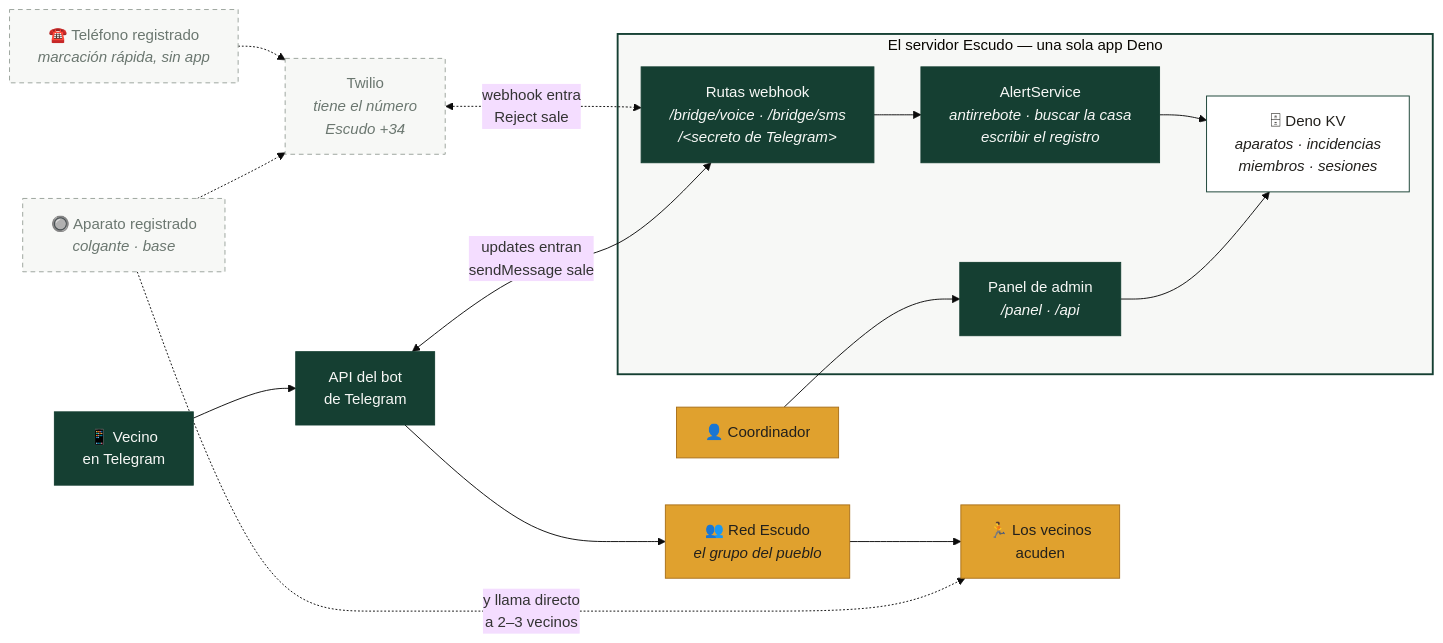
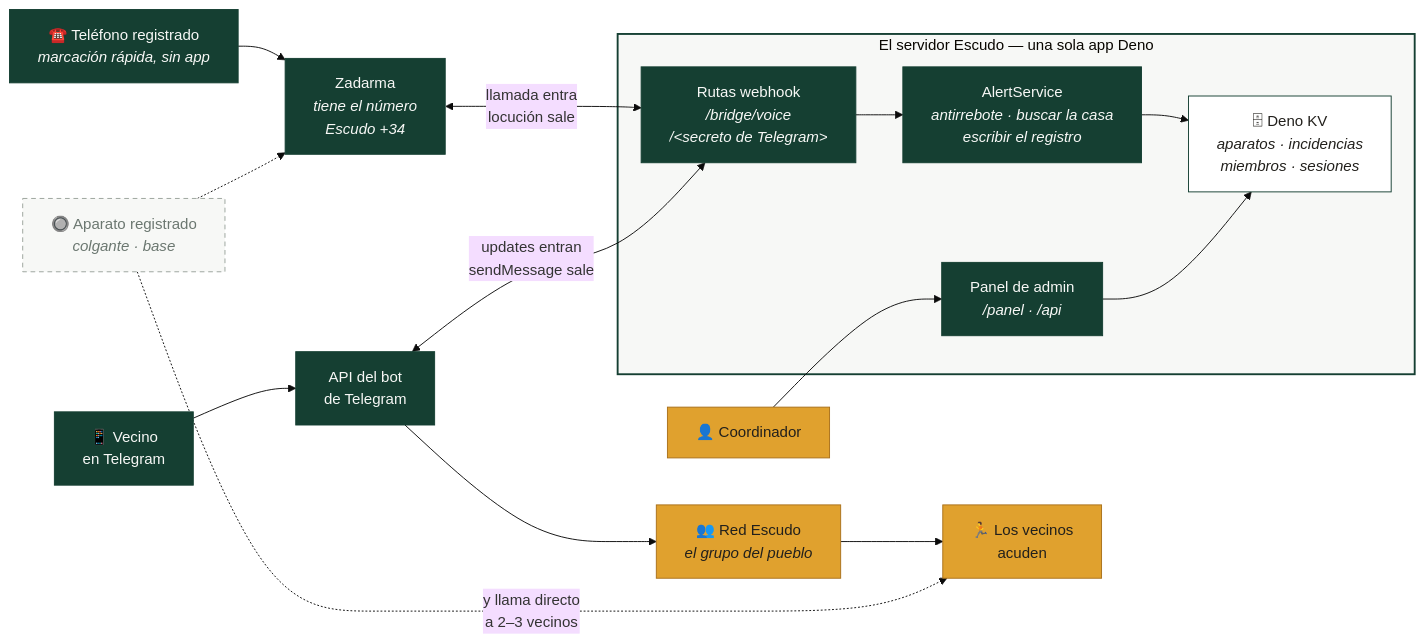
Before and after one commit to jpincas/escudo: the diagram in website/content/es/tecnologia/_index.md, drawn with Mermaid (base theme). The commit also changed other lines of this file and 18 other files, not shown here.

````diff
--- a/website/content/es/tecnologia/_index.md
+++ b/website/content/es/tecnologia/_index.md
@@ -16,43 +16,43 @@
 ```mermaid
 flowchart LR
   ph["☎️ Teléfono registrado<br/><i>marcación rápida, sin app</i>"]
   dev["🔘 Aparato registrado<br/><i>colgante · base</i>"]
   tg["📱 Vecino<br/>en Telegram"]
 
-  tw["Twilio<br/><i>tiene el número<br/>Escudo +34</i>"]
+  tw["Zadarma<br/><i>tiene el número<br/>Escudo +34</i>"]
   tgapi["API del bot<br/>de Telegram"]
 
   subgraph srv["El servidor Escudo — una sola app Deno"]
-    routes["Rutas webhook<br/><i>/bridge/voice · /bridge/sms<br/>/&lt;secreto de Telegram&gt;</i>"]
+    routes["Rutas webhook<br/><i>/bridge/voice<br/>/&lt;secreto de Telegram&gt;</i>"]
     core["AlertService<br/><i>antirrebote · buscar la casa<br/>escribir el registro</i>"]
     web["Panel de admin<br/><i>/panel · /api</i>"]
     kv["🗄 Deno KV<br/><i>aparatos · incidencias<br/>miembros · sesiones</i>"]
     routes --> core
     core --> kv
     web --> kv
   end
 
   group["👥 Red Escudo<br/><i>el grupo del pueblo</i>"]
   nb["🏃 Los vecinos<br/>acuden"]
   coord["👤 Coordinador"]
 
-  ph -.-> tw
+  ph --> tw
   dev -.-> tw
   tg --> tgapi
-  tw <-.->|"webhook entra<br/>Reject sale"| routes
+  tw <-->|"llamada entra<br/>locución sale"| routes
   tgapi <-->|"updates entran<br/>sendMessage sale"| routes
   tgapi --> group
   group --> nb
   dev -.->|"y llama directo<br/>a 2–3 vecinos"| nb
   coord --> web
 
   classDef done fill:#153f32,stroke:#153f32,color:#f7f8f6
   classDef todo fill:#f7f8f6,stroke:#9aa39b,color:#6b7770,stroke-dasharray:5 4
   classDef out fill:#e0a12e,stroke:#a9701a,color:#22201c
   classDef store fill:#ffffff,stroke:#153f32,color:#22201c
-  class tg,tgapi,routes,core,web done
-  class ph,dev,tw todo
+  class tg,tgapi,routes,core,web,ph,tw done
+  class dev todo
   class group,nb,coord out
   class kv store
   style srv fill:#f7f8f6,stroke:#153f32,stroke-width:2px
 ```
````
